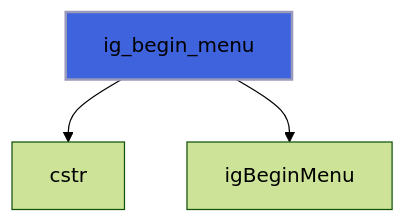
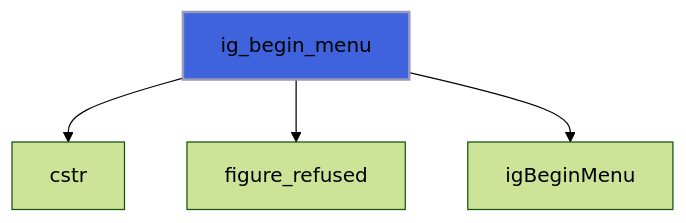
Before and after one commit to szaghi/figure: the tenth of 14 diagrams in docs/api/src/lib/figure_menu.md, drawn with Mermaid (forest theme). The commit also changed other lines of this file and 10 other files, not shown here.

````diff
--- a/docs/api/src/lib/figure_menu.md
+++ b/docs/api/src/lib/figure_menu.md
@@ -216,6 +238,7 @@
 ```mermaid
 flowchart TD
   ig_begin_menu["ig_begin_menu"] --> cstr["cstr"]
+  ig_begin_menu["ig_begin_menu"] --> figure_refused["figure_refused"]
   ig_begin_menu["ig_begin_menu"] --> igBeginMenu["igBeginMenu"]
   style ig_begin_menu fill:#3e63dd,stroke:#99b,stroke-width:2px
 ```
````
